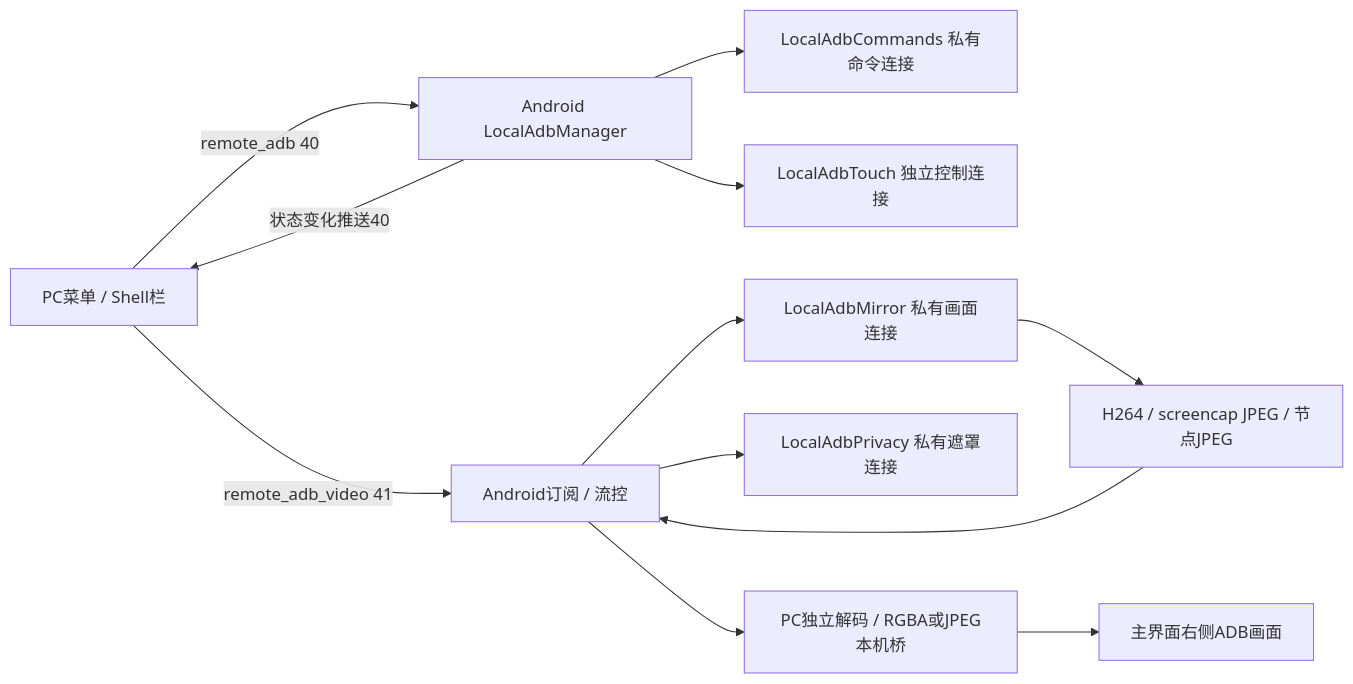
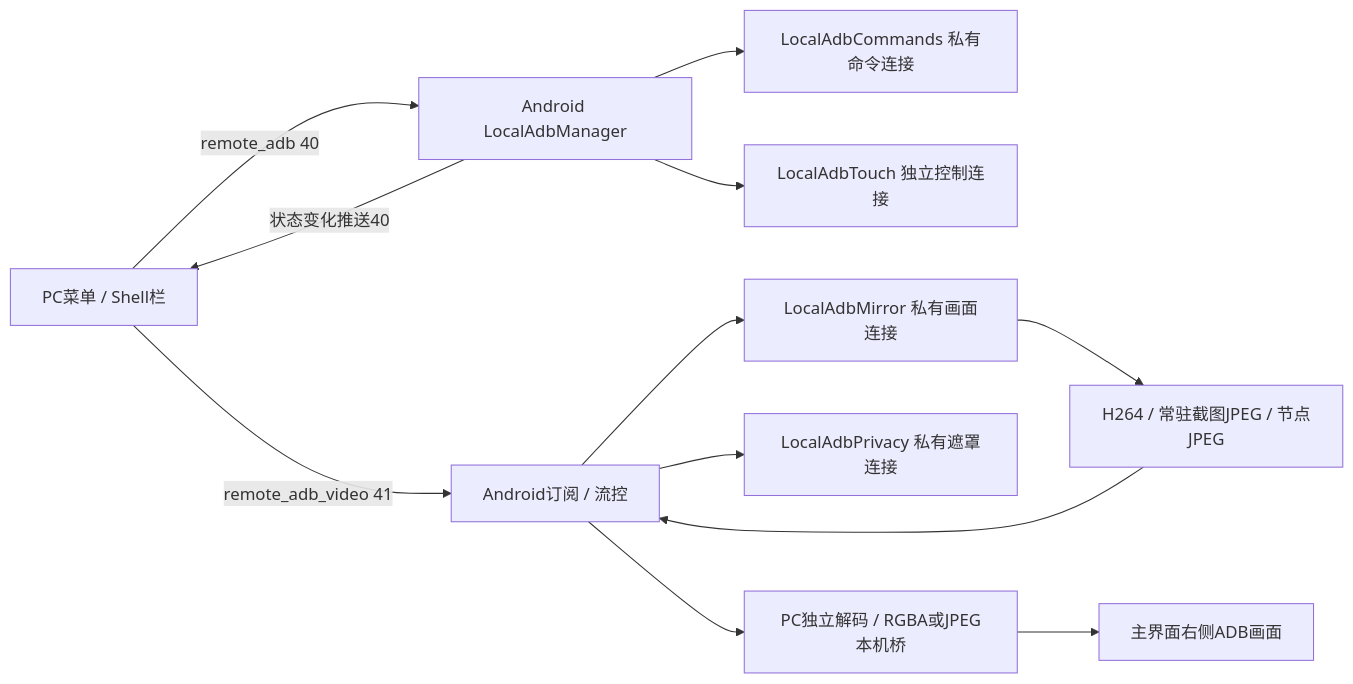
The diagram in docs/AI_ENGINEERING/14_ADB_MIRROR.md (adb-shell/A-Shell-You), drawn with Mermaid before and after one commit. The commit also changed other lines of this file and 23 other files, not shown here.

````diff
--- a/docs/AI_ENGINEERING/14_ADB_MIRROR.md
+++ b/docs/AI_ENGINEERING/14_ADB_MIRROR.md
@@ -119,14 +112,14 @@
 ```mermaid
 flowchart LR
   PC[PC菜单 / Shell栏] -->|remote_adb 40| MAN[Android LocalAdbManager]
   MAN --> CMD[LocalAdbCommands 私有命令连接]
   MAN --> TOUCH[LocalAdbTouch 独立控制连接]
   PC -->|remote_adb_video 41| HUB[Android订阅 / 流控]
   HUB --> MIRROR[LocalAdbMirror 私有画面连接]
   HUB --> PRIVACY[LocalAdbPrivacy 私有遮罩连接]
-  MIRROR --> SRC[H264 / screencap JPEG / 节点JPEG]
+  MIRROR --> SRC[H264 / 常驻截图JPEG / 节点JPEG]
   SRC --> HUB
   HUB --> DEC[PC独立解码 / RGBA或JPEG本机桥]
   DEC --> VIEW[主界面右侧ADB画面]
   MAN -->|状态变化推送40| PC
 ```
````
